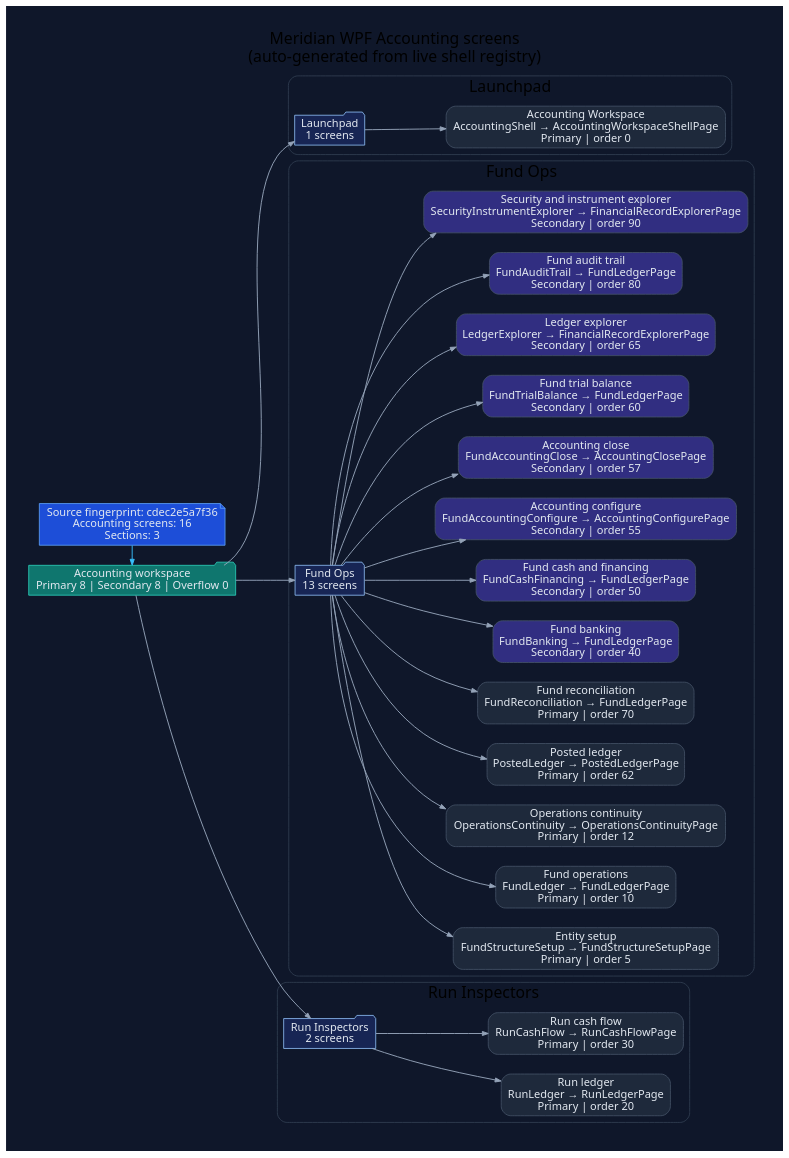
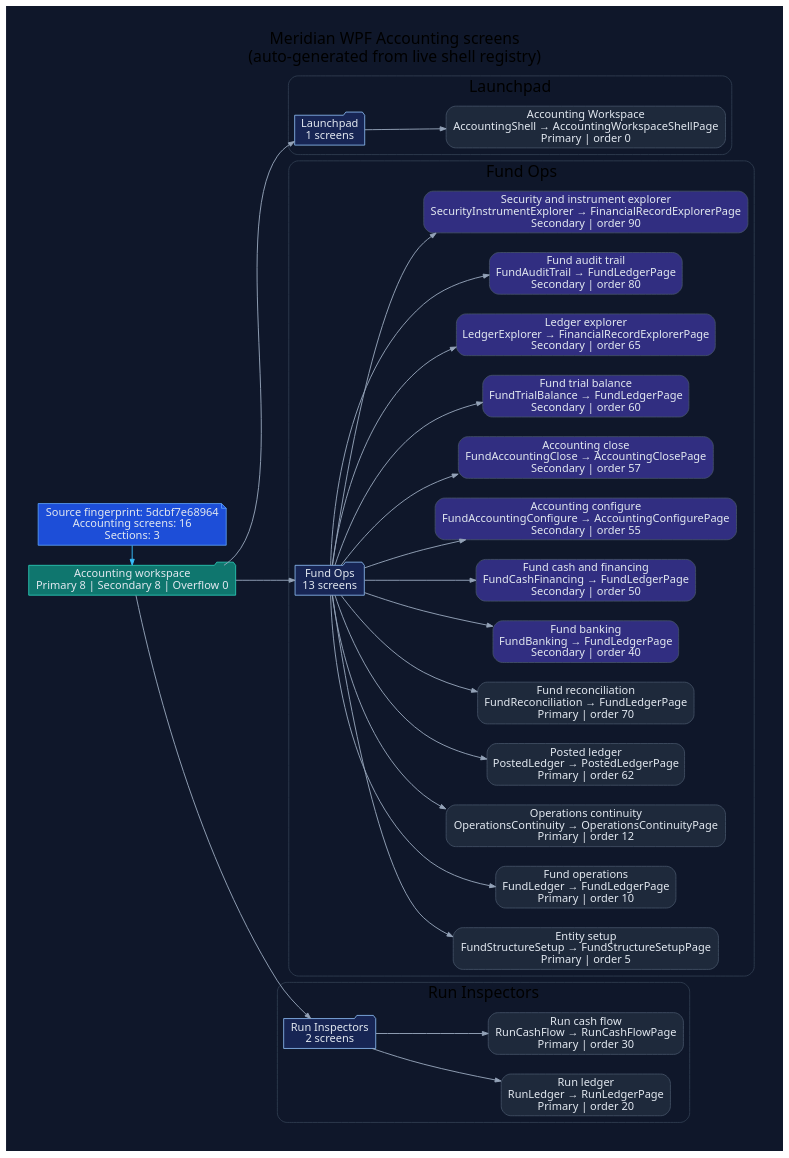
One commit to rodoHasArrived/Meridian-main changed the diagram in docs/diagrams/ui/ui-wpf-screens-accounting.dot. Above: the diagram before and after it, drawn with Graphviz. The commit also changed 49 other files, not shown here.

```diff
--- a/docs/diagrams/ui/ui-wpf-screens-accounting.dot
+++ b/docs/diagrams/ui/ui-wpf-screens-accounting.dot
@@ -1,82 +1,82 @@
 // -----------------------------------------------------------------------------
 // <auto-generated>
 // Generated by scripts/generate-diagrams.mjs.
 // Do not edit this file directly; update the WPF source files instead.
 // -----------------------------------------------------------------------------
 digraph WpfAccountingScreens {
   graph [
     rankdir=LR,
     labelloc=t,
     label="Meridian WPF Accounting screens\n(auto-generated from live shell registry)",
     fontname="Segoe UI",
     fontsize=20,
     pad=0.4,
     nodesep=0.35,
     ranksep=0.85,
     bgcolor="#0f172a"
   ];
   node [fontname="Segoe UI", shape=box, style="rounded,filled", color="#475569", fontcolor="#e2e8f0", fillcolor="#1e293b"];
   edge [fontname="Segoe UI", color="#94a3b8", penwidth=1.2, arrowsize=0.75];
 
-  generated [shape=note, fillcolor="#1d4ed8", color="#60a5fa", label="Source fingerprint: cdec2e5a7f36\nAccounting screens: 16\nSections: 3"];
+  generated [shape=note, fillcolor="#1d4ed8", color="#60a5fa", label="Source fingerprint: 5dcbf7e68964\nAccounting screens: 16\nSections: 3"];
   workspace [shape=folder, fillcolor="#0f766e", color="#2dd4bf", label="Accounting workspace\nPrimary 8 | Secondary 8 | Overflow 0"];
   generated -> workspace [color="#38bdf8"];
 
   subgraph cluster_section_1 {
     label="Launchpad";
     color="#334155";
     style="rounded";
     section_1 [shape=folder, fillcolor="#172554", color="#93c5fd", label="Launchpad\n1 screens"];
     workspace -> section_1;
     screen_AccountingShell [fillcolor="#1e293b", label="Accounting Workspace\nAccountingShell → AccountingWorkspaceShellPage\nPrimary | order 0"];
     section_1 -> screen_AccountingShell;
   }
 
   subgraph cluster_section_2 {
     label="Fund Ops";
     color="#334155";
     style="rounded";
     section_2 [shape=folder, fillcolor="#172554", color="#93c5fd", label="Fund Ops\n13 screens"];
     workspace -> section_2;
     screen_FundStructureSetup [fillcolor="#1e293b", label="Entity setup\nFundStructureSetup → FundStructureSetupPage\nPrimary | order 5"];
     section_2 -> screen_FundStructureSetup;
     screen_FundLedger [fillcolor="#1e293b", label="Fund operations\nFundLedger → FundLedgerPage\nPrimary | order 10"];
     section_2 -> screen_FundLedger;
     screen_OperationsContinuity [fillcolor="#1e293b", label="Operations continuity\nOperationsContinuity → OperationsContinuityPage\nPrimary | order 12"];
     section_2 -> screen_OperationsContinuity;
     screen_PostedLedger [fillcolor="#1e293b", label="Posted ledger\nPostedLedger → PostedLedgerPage\nPrimary | order 62"];
     section_2 -> screen_PostedLedger;
     screen_FundReconciliation [fillcolor="#1e293b", label="Fund reconciliation\nFundReconciliation → FundLedgerPage\nPrimary | order 70"];
     section_2 -> screen_FundReconciliation;
     screen_FundBanking [fillcolor="#312e81", label="Fund banking\nFundBanking → FundLedgerPage\nSecondary | order 40"];
     section_2 -> screen_FundBanking;
     screen_FundCashFinancing [fillcolor="#312e81", label="Fund cash and financing\nFundCashFinancing → FundLedgerPage\nSecondary | order 50"];
     section_2 -> screen_FundCashFinancing;
     screen_FundAccountingConfigure [fillcolor="#312e81", label="Accounting configure\nFundAccountingConfigure → AccountingConfigurePage\nSecondary | order 55"];
     section_2 -> screen_FundAccountingConfigure;
     screen_FundAccountingClose [fillcolor="#312e81", label="Accounting close\nFundAccountingClose → AccountingClosePage\nSecondary | order 57"];
     section_2 -> screen_FundAccountingClose;
     screen_FundTrialBalance [fillcolor="#312e81", label="Fund trial balance\nFundTrialBalance → FundLedgerPage\nSecondary | order 60"];
     section_2 -> screen_FundTrialBalance;
     screen_LedgerExplorer [fillcolor="#312e81", label="Ledger explorer\nLedgerExplorer → FinancialRecordExplorerPage\nSecondary | order 65"];
     section_2 -> screen_LedgerExplorer;
     screen_FundAuditTrail [fillcolor="#312e81", label="Fund audit trail\nFundAuditTrail → FundLedgerPage\nSecondary | order 80"];
     section_2 -> screen_FundAuditTrail;
     screen_SecurityInstrumentExplorer [fillcolor="#312e81", label="Security and instrument explorer\nSecurityInstrumentExplorer → FinancialRecordExplorerPage\nSecondary | order 90"];
     section_2 -> screen_SecurityInstrumentExplorer;
   }
 
   subgraph cluster_section_3 {
     label="Run Inspectors";
     color="#334155";
     style="rounded";
     section_3 [shape=folder, fillcolor="#172554", color="#93c5fd", label="Run Inspectors\n2 screens"];
     workspace -> section_3;
     screen_RunLedger [fillcolor="#1e293b", label="Run ledger\nRunLedger → RunLedgerPage\nPrimary | order 20"];
     section_3 -> screen_RunLedger;
     screen_RunCashFlow [fillcolor="#1e293b", label="Run cash flow\nRunCashFlow → RunCashFlowPage\nPrimary | order 30"];
     section_3 -> screen_RunCashFlow;
   }
 
   { rank=min; generated; workspace; }
 }
```
